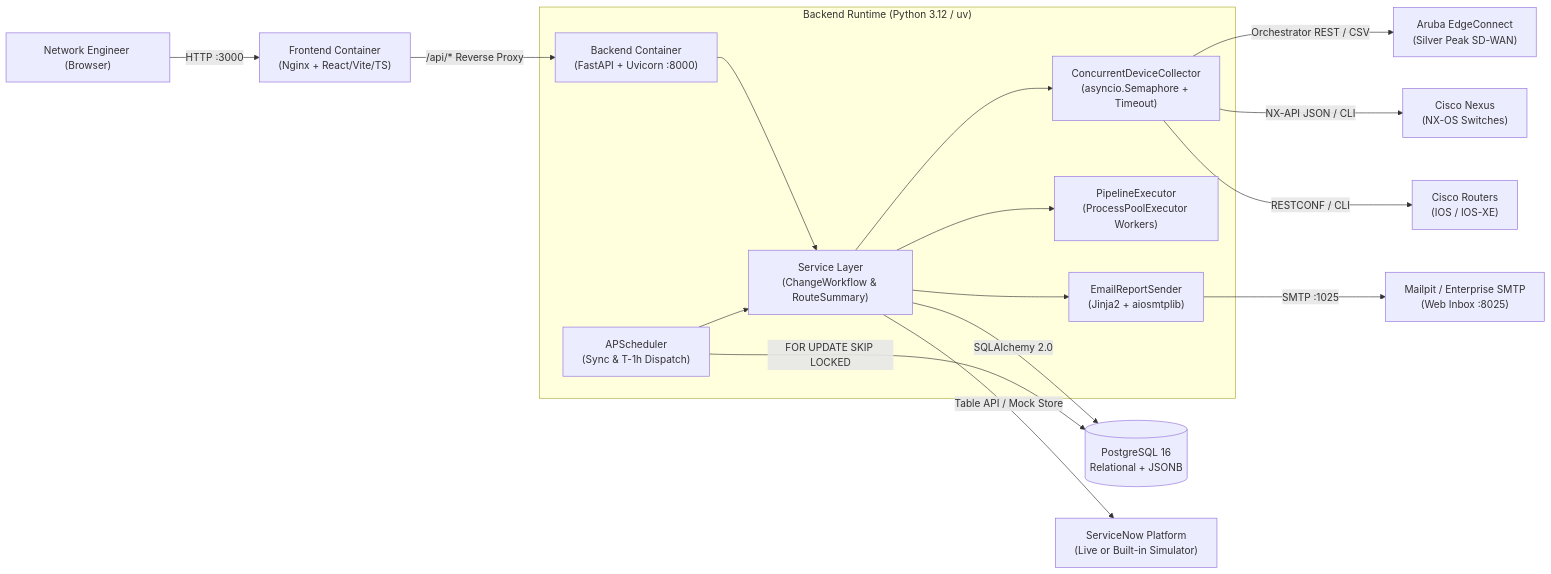
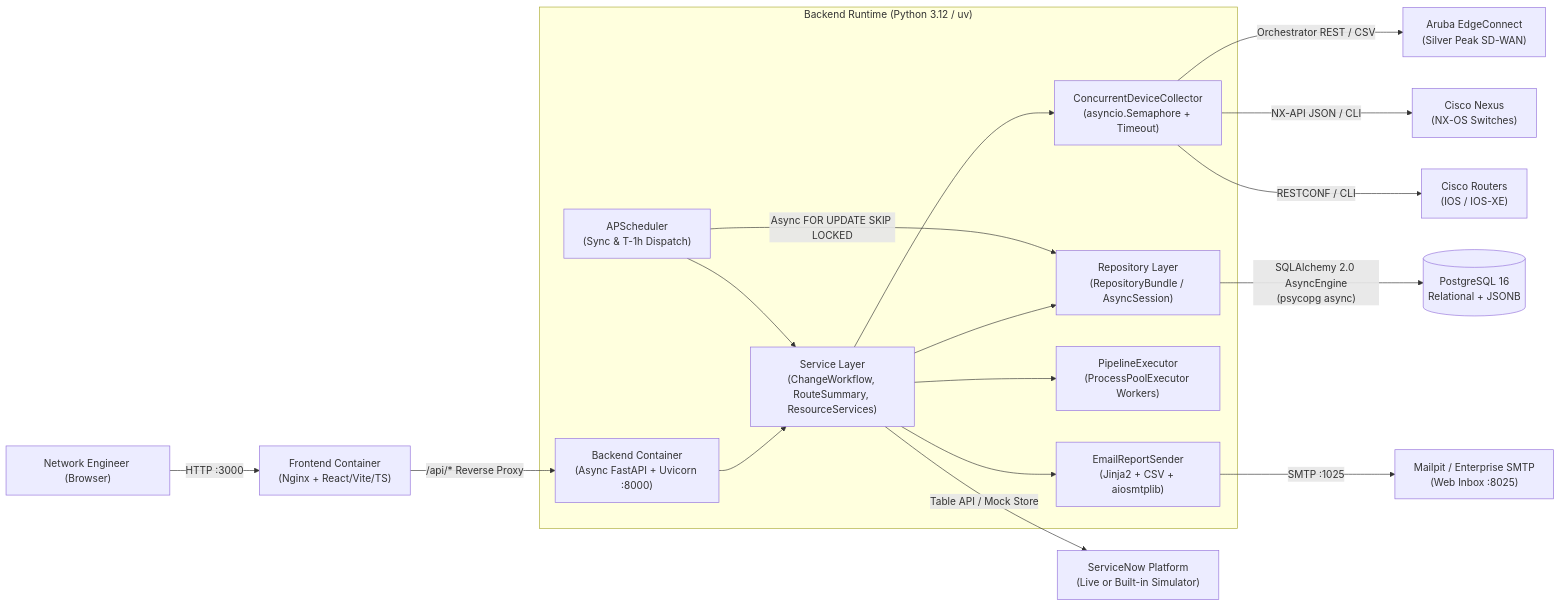
One commit to aitidog/netroute_guardian changed the first of 5 diagrams in doc/architecture.md. Above: the diagram before and after it, drawn with Mermaid. The commit also changed other lines of this file and 3 other files, not shown here.

````diff
--- a/doc/architecture.md
+++ b/doc/architecture.md
@@ -29,21 +30,22 @@
 ```mermaid
 flowchart LR
     User["Network Engineer (Browser)"] -->|"HTTP :3000"| Nginx["Frontend Container<br/>(Nginx + React/Vite/TS)"]
-    Nginx -->|"/api/* Reverse Proxy"| API["Backend Container<br/>(FastAPI + Uvicorn :8000)"]
+    Nginx -->|"/api/* Reverse Proxy"| API["Backend Container<br/>(Async FastAPI + Uvicorn :8000)"]
 
     subgraph BackendRuntime["Backend Runtime (Python 3.12 / uv)"]
-        API --> Services["Service Layer<br/>(ChangeWorkflow & RouteSummary)"]
+        API --> Services["Service Layer<br/>(ChangeWorkflow, RouteSummary, ResourceServices)"]
         Scheduler["APScheduler<br/>(Sync & T-1h Dispatch)"] --> Services
+        Services --> Repos["Repository Layer<br/>(RepositoryBundle / AsyncSession)"]
         Services --> DevicePool["ConcurrentDeviceCollector<br/>(asyncio.Semaphore + Timeout)"]
         Services --> CpuPool["PipelineExecutor<br/>(ProcessPoolExecutor Workers)"]
-        Services --> Mailer["EmailReportSender<br/>(Jinja2 + aiosmtplib)"]
+        Services --> Mailer["EmailReportSender<br/>(Jinja2 + CSV + aiosmtplib)"]
     end
 
-    Services -->|"SQLAlchemy 2.0"| PG[("PostgreSQL 16<br/>Relational + JSONB")]
-    Scheduler -->|"FOR UPDATE SKIP LOCKED"| PG
+    Repos -->|"SQLAlchemy 2.0 AsyncEngine<br/>(psycopg async)"| PG[("PostgreSQL 16<br/>Relational + JSONB")]
+    Scheduler -->|"Async FOR UPDATE SKIP LOCKED"| Repos
     Mailer -->|"SMTP :1025"| Mailpit["Mailpit / Enterprise SMTP<br/>(Web Inbox :8025)"]
     Services -->|"Table API / Mock Store"| SNOW["ServiceNow Platform<br/>(Live or Built-in Simulator)"]
     DevicePool -->|"Orchestrator REST / CSV"| EC["Aruba EdgeConnect<br/>(Silver Peak SD-WAN)"]
     DevicePool -->|"NX-API JSON / CLI"| NX["Cisco Nexus<br/>(NX-OS Switches)"]
     DevicePool -->|"RESTCONF / CLI"| IOS["Cisco Routers<br/>(IOS / IOS-XE)"]
 ```
````
